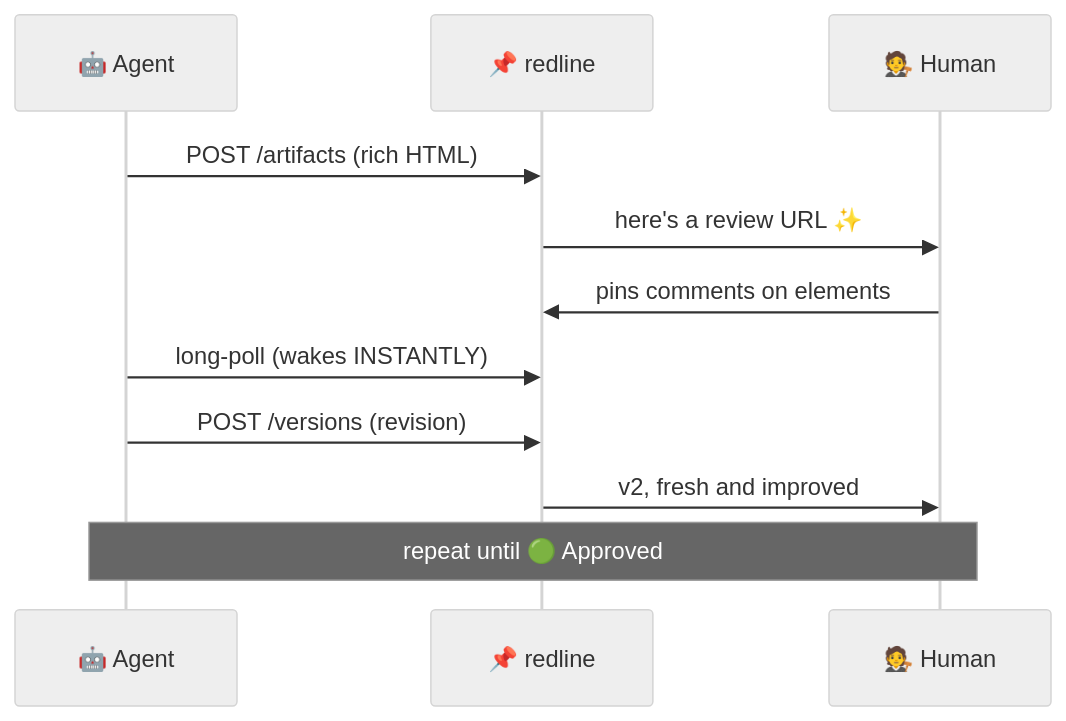
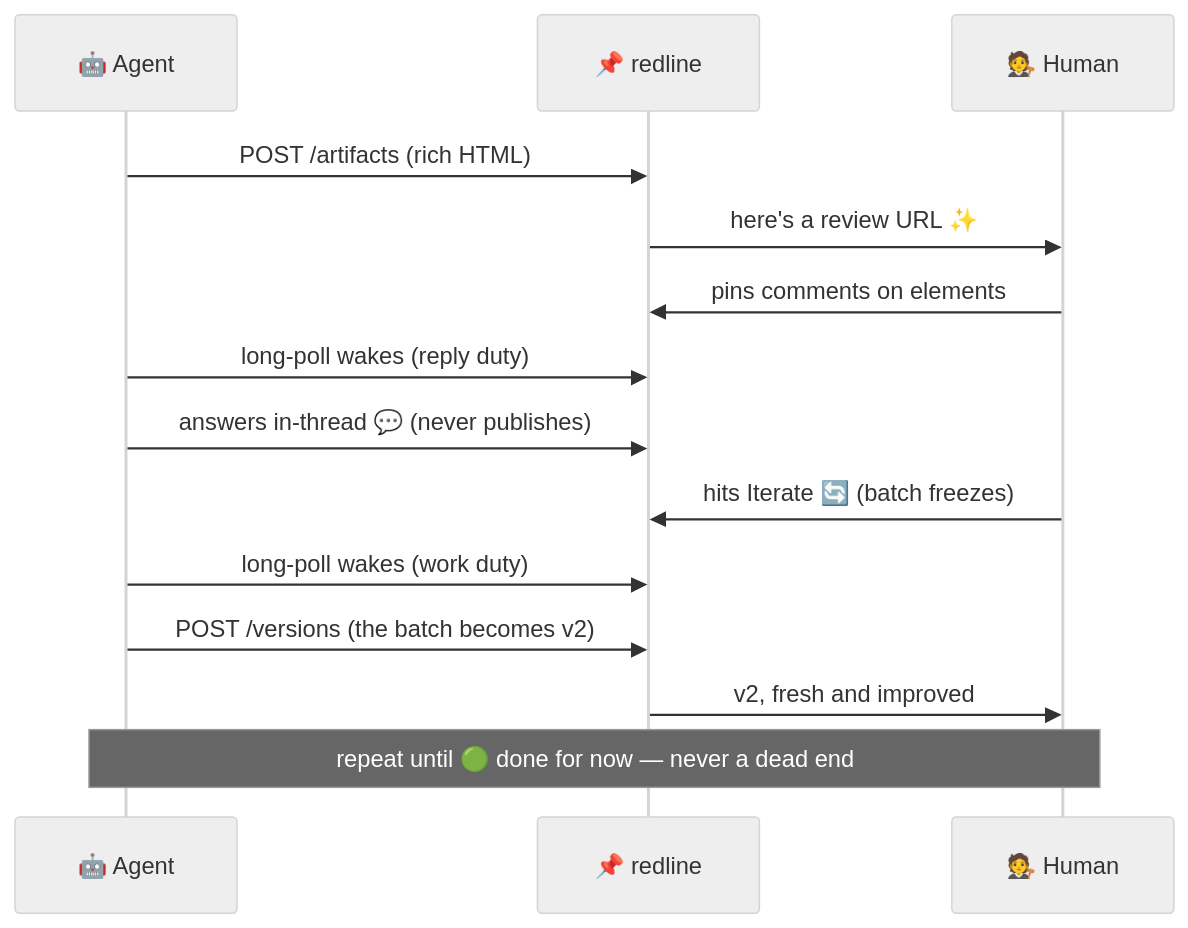
The diagram in README.md (codenamegary/redline), drawn with Mermaid (neutral theme) before and after one commit. The commit also changed other lines of this file and 13 other files, not shown here.

````diff
--- a/README.md
+++ b/README.md
@@ -39,13 +39,16 @@
 ```mermaid
 sequenceDiagram
     participant A as 🤖 Agent
     participant R as 📌 redline
     participant H as 🧑‍⚖️ Human
     A->>R: POST /artifacts (rich HTML)
     R->>H: here's a review URL ✨
     H->>R: pins comments on elements
-    A->>R: long-poll (wakes INSTANTLY)
-    A->>R: POST /versions (revision)
+    A->>R: long-poll wakes (reply duty)
+    A->>R: answers in-thread 💬 (never publishes)
+    H->>R: hits Iterate 🔄 (batch freezes)
+    A->>R: long-poll wakes (work duty)
+    A->>R: POST /versions (the batch becomes v2)
     R->>H: v2, fresh and improved
-    Note over A,H: repeat until 🟢 Approved
+    Note over A,H: repeat until 🟢 done for now — never a dead end
 ```
````
